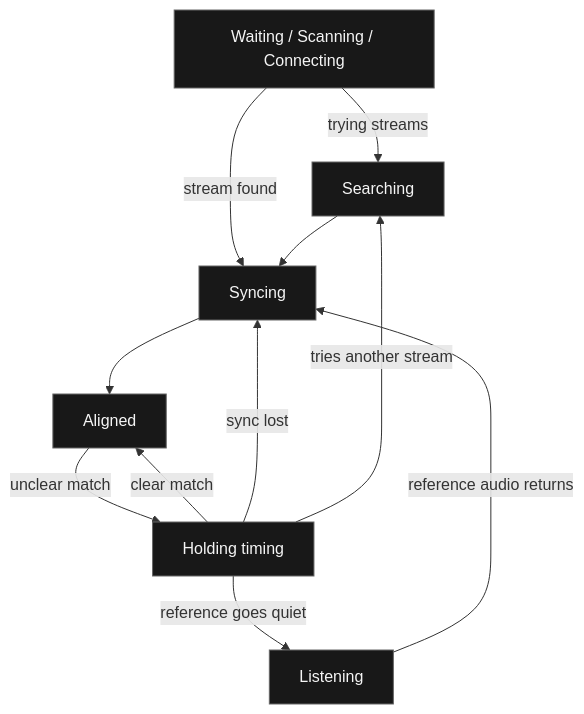
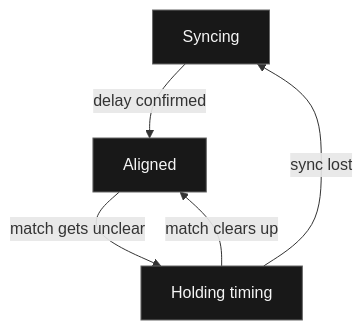
The diagram in page/How VaOBS stays in sync.md (Hackebein/hackebein.github.io), drawn with Mermaid before and after one commit. The commit also changed other lines of this file and 2 other files, not shown here.

Commit message:
Explain how VaOBS syncs a separate clean audio source

````diff
--- a/page/How VaOBS stays in sync.md
+++ b/page/How VaOBS stays in sync.md
@@ -7,21 +7,12 @@
 ```mermaid
 flowchart TD
-    waiting["Waiting / Scanning / Connecting"] -->|trying streams| searching["Searching"]
-    waiting -->|stream found| syncing["Syncing"]
-    listening["Listening"] -->|reference audio returns| syncing
-    searching --> syncing
-    syncing --> aligned["Aligned"]
-    aligned -->|unclear match| holding["Holding timing"]
-    holding -->|clear match| aligned
-    holding -->|reference goes quiet| listening
+    syncing["Syncing"] -->|delay confirmed| aligned["Aligned"]
+    aligned -->|match gets unclear| holding["Holding timing"]
+    holding -->|match clears up| aligned
     holding -->|sync lost| syncing
-    holding -->|tries another stream| searching
     classDef status fill:#181818,stroke:#666,color:#f5f5f5
-    class waiting,listening,searching,syncing,aligned,holding status
-    click waiting href "#waiting-for-a-stream" "Waiting, Scanning and Connecting"
-    click listening href "#listening" "Listening"
-    click searching href "#searching-and-syncing" "Searching and Syncing"
-    click syncing href "#searching-and-syncing" "Searching and Syncing"
+    class syncing,aligned,holding status
+    click syncing href "#finding-the-delay" "Finding the delay"
     click aligned href "#aligned" "Aligned"
     click holding href "#holding-timing" "Holding timing"
 ```
````
